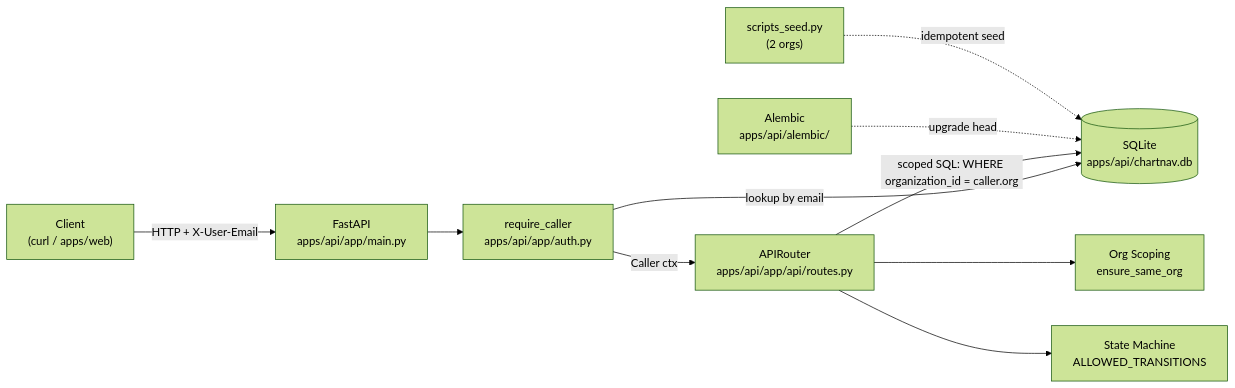
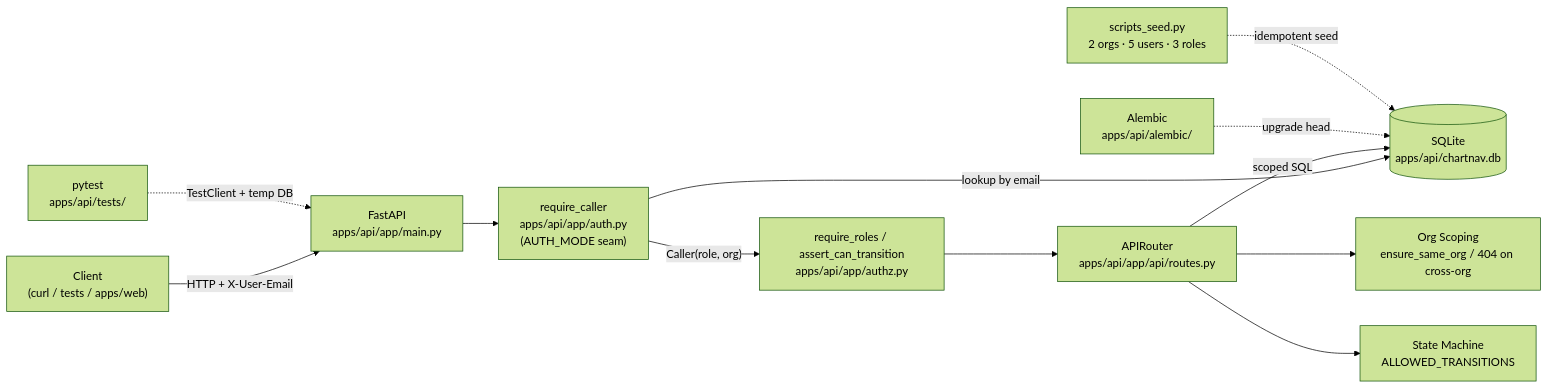
One commit to thekidd2227/chartnav-platform changed the diagram in docs/diagrams/system-architecture.md. Above: the diagram before and after it, drawn with Mermaid (forest theme). The commit also changed 22 other files, not shown here.

````diff
--- a/docs/diagrams/system-architecture.md
+++ b/docs/diagrams/system-architecture.md
@@ -3,22 +3,26 @@
 ```mermaid
 flowchart LR
-  Client["Client<br/>(curl / apps/web)"]
+  Client["Client<br/>(curl / tests / apps/web)"]
   FastAPI["FastAPI<br/>apps/api/app/main.py"]
-  Auth["require_caller<br/>apps/api/app/auth.py"]
+  Authn["require_caller<br/>apps/api/app/auth.py<br/>(AUTH_MODE seam)"]
+  Authz["require_roles / assert_can_transition<br/>apps/api/app/authz.py"]
   Router["APIRouter<br/>apps/api/app/api/routes.py"]
   SM["State Machine<br/>ALLOWED_TRANSITIONS"]
-  Scope["Org Scoping<br/>ensure_same_org"]
+  Scope["Org Scoping<br/>ensure_same_org / 404 on cross-org"]
   DB[("SQLite<br/>apps/api/chartnav.db")]
   Alembic["Alembic<br/>apps/api/alembic/"]
-  Seed["scripts_seed.py<br/>(2 orgs)"]
+  Seed["scripts_seed.py<br/>2 orgs · 5 users · 3 roles"]
+  Tests["pytest<br/>apps/api/tests/"]
 
   Client -->|"HTTP + X-User-Email"| FastAPI
-  FastAPI --> Auth
-  Auth -->|"lookup by email"| DB
-  Auth -->|"Caller ctx"| Router
+  FastAPI --> Authn
+  Authn -->|"lookup by email"| DB
+  Authn -->|"Caller(role, org)"| Authz
+  Authz --> Router
   Router --> Scope
   Router --> SM
-  Router -->|"scoped SQL: WHERE organization_id = caller.org"| DB
+  Router -->|"scoped SQL"| DB
   Alembic -.->|"upgrade head"| DB
   Seed -.->|"idempotent seed"| DB
+  Tests -.->|"TestClient + temp DB"| FastAPI
 ```
````
